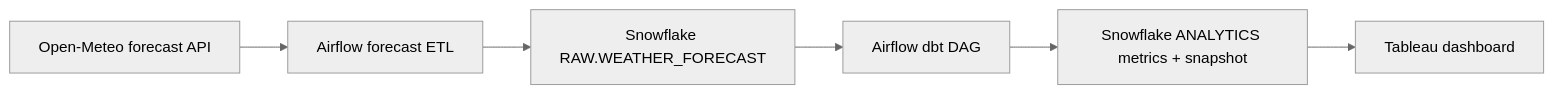
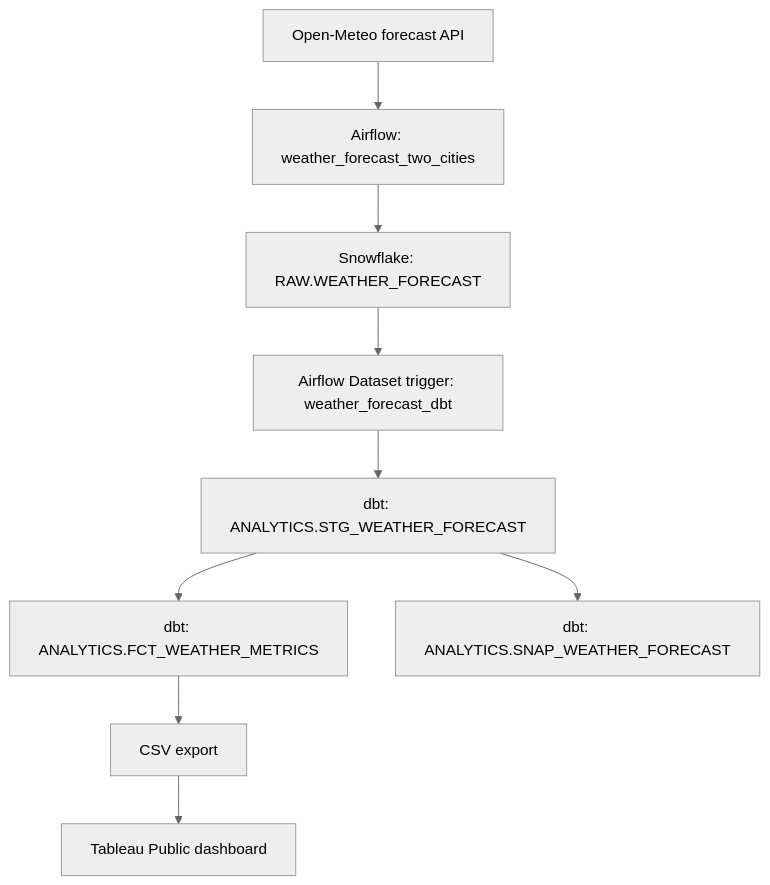
The diagram in README.md (diljotrandhawaa/weather-prediction-lab), drawn with Mermaid (neutral theme) before and after one commit. The commit also changed other lines of this file and 1 other file, not shown here.

````diff
--- a/README.md
+++ b/README.md
@@ -7,8 +9,11 @@
 ```mermaid
-flowchart LR
-  A["Open-Meteo forecast API"] --> B["Airflow forecast ETL"]
-  B --> C["Snowflake RAW.WEATHER_FORECAST"]
-  C --> D["Airflow dbt DAG"]
-  D --> E["Snowflake ANALYTICS metrics + snapshot"]
-  E --> F["Tableau dashboard"]
+flowchart TD
+  API["Open-Meteo forecast API"] --> ETL["Airflow: weather_forecast_two_cities"]
+  ETL --> RAW["Snowflake: RAW.WEATHER_FORECAST"]
+  RAW --> DBT["Airflow Dataset trigger: weather_forecast_dbt"]
+  DBT --> STG["dbt: ANALYTICS.STG_WEATHER_FORECAST"]
+  STG --> FACT["dbt: ANALYTICS.FCT_WEATHER_METRICS"]
+  STG --> SNAP["dbt: ANALYTICS.SNAP_WEATHER_FORECAST"]
+  FACT --> CSV["CSV export"]
+  CSV --> BI["Tableau Public dashboard"]
 ```
````
